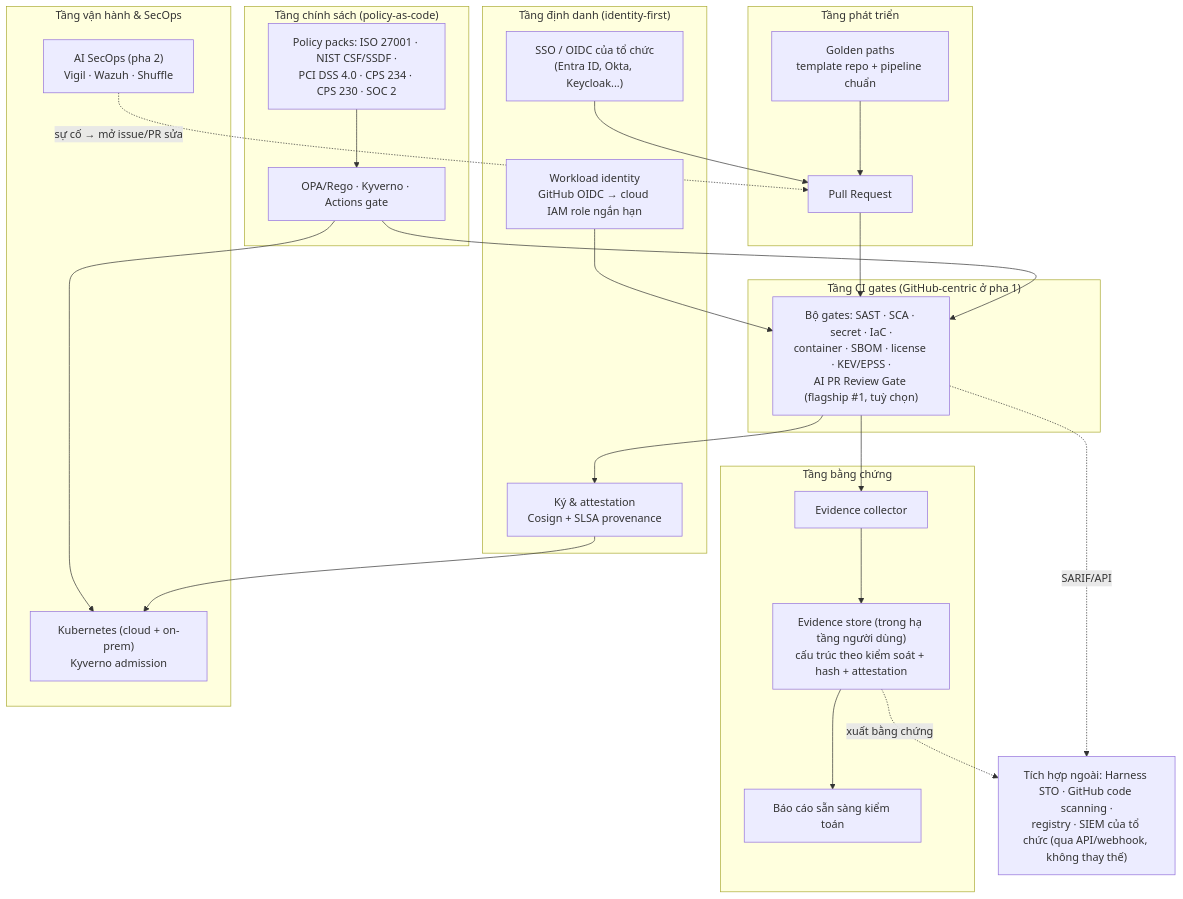
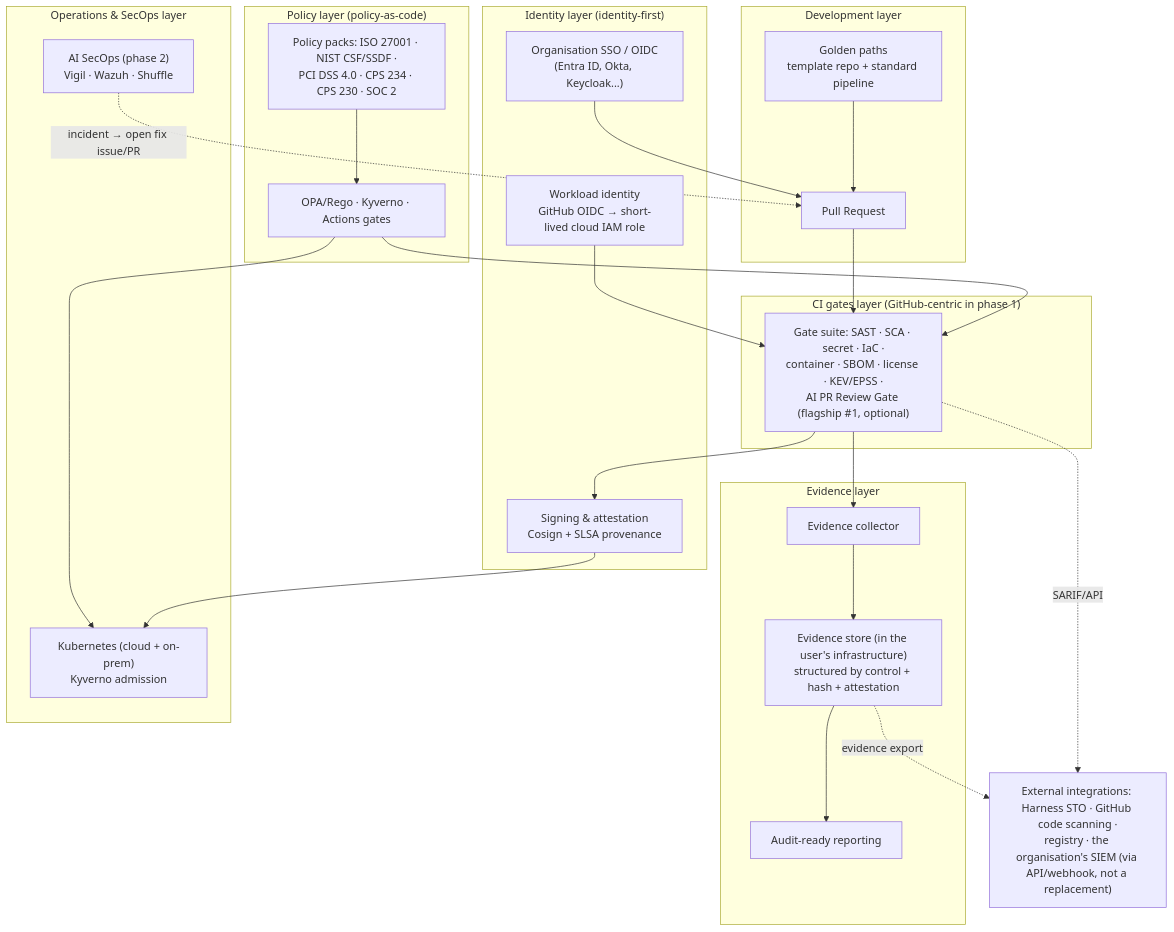
The diagram in docs/architecture.md (techdevfun/devsecops-os), drawn with Mermaid before and after one commit. The commit also changed other lines of this file, not shown here.

Commit message:
docs: English-first public copy — rewrite README (clean hero, framework mappings + integrations as own sections), translate docs/ and landing source, remove internal example name

````diff
--- a/docs/architecture.md
+++ b/docs/architecture.md
@@ -38,47 +44,47 @@
 ```mermaid
 flowchart TB
-    subgraph IDP["Tầng định danh (identity-first)"]
-        SSO["SSO / OIDC của tổ chức<br/>(Entra ID, Okta, Keycloak...)"]
-        WID["Workload identity<br/>GitHub OIDC → cloud IAM role ngắn hạn"]
-        SIGN["Ký & attestation<br/>Cosign + SLSA provenance"]
+    subgraph IDP["Identity layer (identity-first)"]
+        SSO["Organisation SSO / OIDC<br/>(Entra ID, Okta, Keycloak...)"]
+        WID["Workload identity<br/>GitHub OIDC → short-lived cloud IAM role"]
+        SIGN["Signing & attestation<br/>Cosign + SLSA provenance"]
     end
 
-    subgraph DEV["Tầng phát triển"]
-        GP["Golden paths<br/>template repo + pipeline chuẩn"]
+    subgraph DEV["Development layer"]
+        GP["Golden paths<br/>template repo + standard pipeline"]
         PR["Pull Request"]
     end
 
-    subgraph CI["Tầng CI gates (GitHub-centric ở pha 1)"]
-        GATES["Bộ gates: SAST · SCA · secret · IaC ·<br/>container · SBOM · license · KEV/EPSS ·<br/>AI PR Review Gate (flagship #1, tuỳ chọn)"]
+    subgraph CI["CI gates layer (GitHub-centric in phase 1)"]
+        GATES["Gate suite: SAST · SCA · secret · IaC ·<br/>container · SBOM · license · KEV/EPSS ·<br/>AI PR Review Gate (flagship #1, optional)"]
     end
 
-    subgraph POL["Tầng chính sách (policy-as-code)"]
+    subgraph POL["Policy layer (policy-as-code)"]
         PACKS["Policy packs: ISO 27001 · NIST CSF/SSDF ·<br/>PCI DSS 4.0 · CPS 234 · CPS 230 · SOC 2"]
-        ENG["OPA/Rego · Kyverno · Actions gate"]
+        ENG["OPA/Rego · Kyverno · Actions gates"]
     end
 
-    subgraph EV["Tầng bằng chứng"]
+    subgraph EV["Evidence layer"]
         COL["Evidence collector"]
-        STORE["Evidence store (trong hạ tầng người dùng)<br/>cấu trúc theo kiểm soát + hash + attestation"]
-        AUDIT["Báo cáo sẵn sàng kiểm toán"]
+        STORE["Evidence store (in the user's infrastructure)<br/>structured by control + hash + attestation"]
+        AUDIT["Audit-ready reporting"]
     end
 
-    subgraph RUN["Tầng vận hành & SecOps"]
+    subgraph RUN["Operations & SecOps layer"]
         K8S["Kubernetes (cloud + on-prem)<br/>Kyverno admission"]
-        SOC["AI SecOps (pha 2)<br/>Vigil · Wazuh · Shuffle"]
+        SOC["AI SecOps (phase 2)<br/>Vigil · Wazuh · Shuffle"]
     end
 
-    EXT["Tích hợp ngoài: Harness STO · GitHub code scanning ·<br/>registry · SIEM của tổ chức (qua API/webhook, không thay thế)"]
+    EXT["External integrations: Harness STO · GitHub code scanning ·<br/>registry · the organisation's SIEM (via API/webhook, not a replacement)"]
 
     SSO --> PR
     WID --> GATES
     GP --> PR --> GATES
     PACKS --> ENG --> GATES
     ENG --> K8S
     GATES --> SIGN
     GATES --> COL --> STORE --> AUDIT
     SIGN --> K8S
     GATES -. SARIF/API .-> EXT
-    STORE -. xuất bằng chứng .-> EXT
-    SOC -. sự cố → mở issue/PR sửa .-> PR
+    STORE -. evidence export .-> EXT
+    SOC -. incident → open fix issue/PR .-> PR
 ```
````
